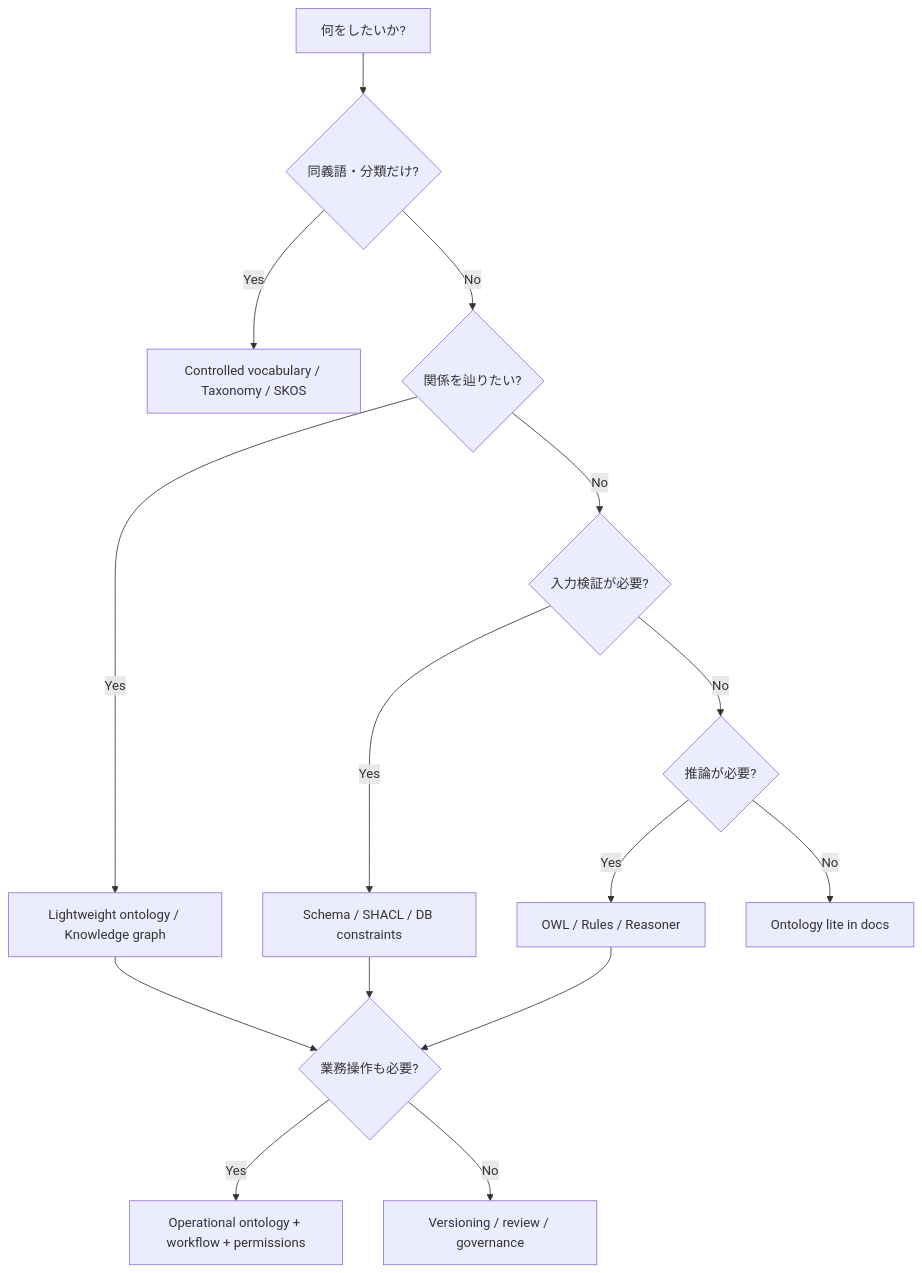
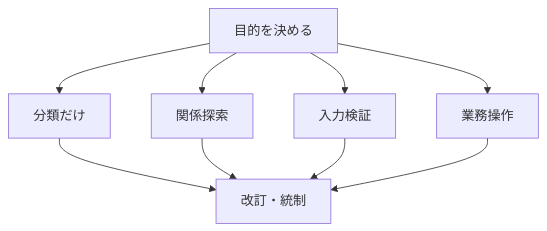
The seventh of 8 diagrams in src/content/blog/ontology-concept.mdx (daylight55/research), drawn with Mermaid before and after one commit. The commit also changed other lines of this file and 20 other files, not shown here.

Commit message:
Mermaid図の表示サイズを調整

````diff
--- a/src/content/blog/ontology-concept.mdx
+++ b/src/content/blog/ontology-concept.mdx
@@ -339,17 +329,11 @@
 ```mermaid
 flowchart TD
-  Q["何をしたいか?"] --> A{"同義語・分類だけ?"}
-  A -- Yes --> SKOS["Controlled vocabulary / Taxonomy / SKOS"]
-  A -- No --> B{"関係を辿りたい?"}
-  B -- Yes --> KG["Lightweight ontology / Knowledge graph"]
-  B -- No --> C{"入力検証が必要?"}
-  C -- Yes --> SHACL["Schema / SHACL / DB constraints"]
-  C -- No --> D{"推論が必要?"}
-  D -- Yes --> OWL["OWL / Rules / Reasoner"]
-  D -- No --> Lite["Ontology lite in docs"]
-  OWL --> E{"業務操作も必要?"}
-  KG --> E
-  SHACL --> E
-  E -- Yes --> Ops["Operational ontology + workflow + permissions"]
-  E -- No --> Maintain["Versioning / review / governance"]
+  Q["目的を決める"] --> Tax["分類だけ"]
+  Q --> KG["関係探索"]
+  Q --> Val["入力検証"]
+  Q --> Ops["業務操作"]
+  Tax --> Gov["改訂・統制"]
+  KG --> Gov
+  Val --> Gov
+  Ops --> Gov
 ```
````
